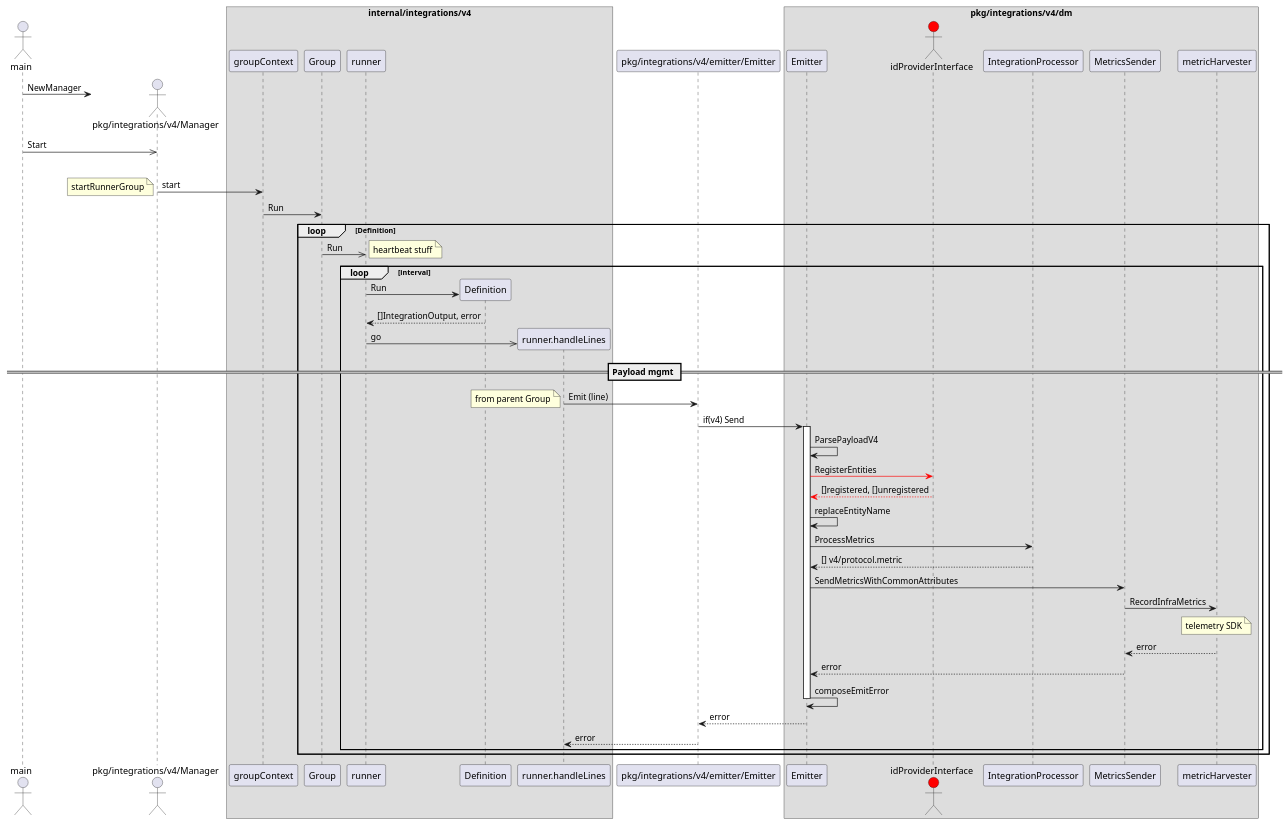
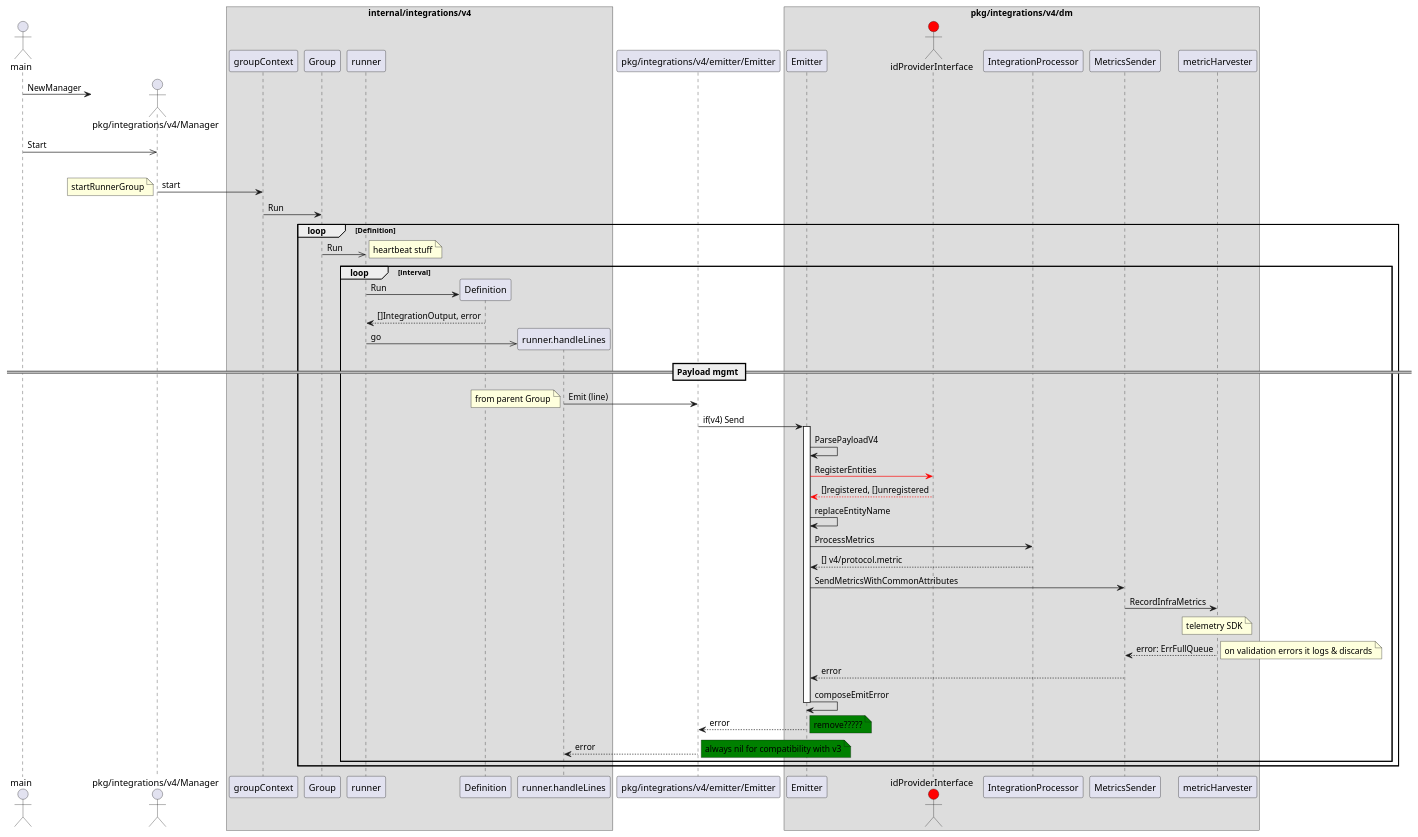
One commit to newrelic/infrastructure-agent changed the diagram in pkg/integrations/v4/sequence.plantuml. Above: the diagram before and after it, drawn with PlantUML. The commit also changed 1 other file, not shown here.

Commit message:
docs: sequence diagram notes

```diff
--- a/pkg/integrations/v4/sequence.plantuml
+++ b/pkg/integrations/v4/sequence.plantuml
@@ -1,80 +1,83 @@
 @startuml
 
 actor main
 actor "pkg/integrations/v4/Manager"
 create "pkg/integrations/v4/Manager"
 main -> "pkg/integrations/v4/Manager": NewManager
 
 main ->> "pkg/integrations/v4/Manager": Start
 
 'create  "pkg/integrations/v4/emitter"
 
 box "internal/integrations/v4"
 
 loop groupContext
 
     "pkg/integrations/v4/Manager" -> "groupContext" : start
     note left: startRunnerGroup
     "groupContext" -> Group : Run
 
     loop Definition
         Group ->> runner : Run
 
         loop interval
 
         note right: heartbeat stuff
 
         create Definition
         runner -> Definition : Run
         runner <-- Definition : []IntegrationOutput, error
 
         create "runner.handleLines"
         runner ->> "runner.handleLines" : go
 
 end box
 
         == Payload mgmt ==
 
         "runner.handleLines" -> "pkg/integrations/v4/emitter/Emitter" : Emit (line)
         note left: from parent Group
 
         box "pkg/integrations/v4/dm"
 
         "pkg/integrations/v4/emitter/Emitter" -> Emitter : if(v4) Send
 
         activate Emitter
 
         Emitter -> Emitter : ParsePayloadV4
 
         actor idProviderInterface #red
         Emitter -[#red]> idProviderInterface : RegisterEntities
         Emitter <[#red]-- idProviderInterface : []registered, []unregistered
 
         Emitter -> Emitter : replaceEntityName
 
         Emitter -> "IntegrationProcessor" : ProcessMetrics
         Emitter <-- "IntegrationProcessor" : [] v4/protocol.metric
 
         Emitter -> MetricsSender : SendMetricsWithCommonAttributes
 
         MetricsSender -> metricHarvester : RecordInfraMetrics
         note over metricHarvester: telemetry SDK
-        MetricsSender <-- metricHarvester : error
+        MetricsSender <-- metricHarvester : error: ErrFullQueue
+        note right: on validation errors it logs & discards
 
         Emitter <-- MetricsSender : error
 
         Emitter -> Emitter : composeEmitError
 
         deactivate Emitter
 
         "pkg/integrations/v4/emitter/Emitter" <-- Emitter : error
+        note right #green: remove?????
 
         end box
 
         "runner.handleLines" <-- "pkg/integrations/v4/emitter/Emitter" : error
+        note right #green: always nil for compatibility with v3
     end
 
 end
 
 
 @enduml
```
